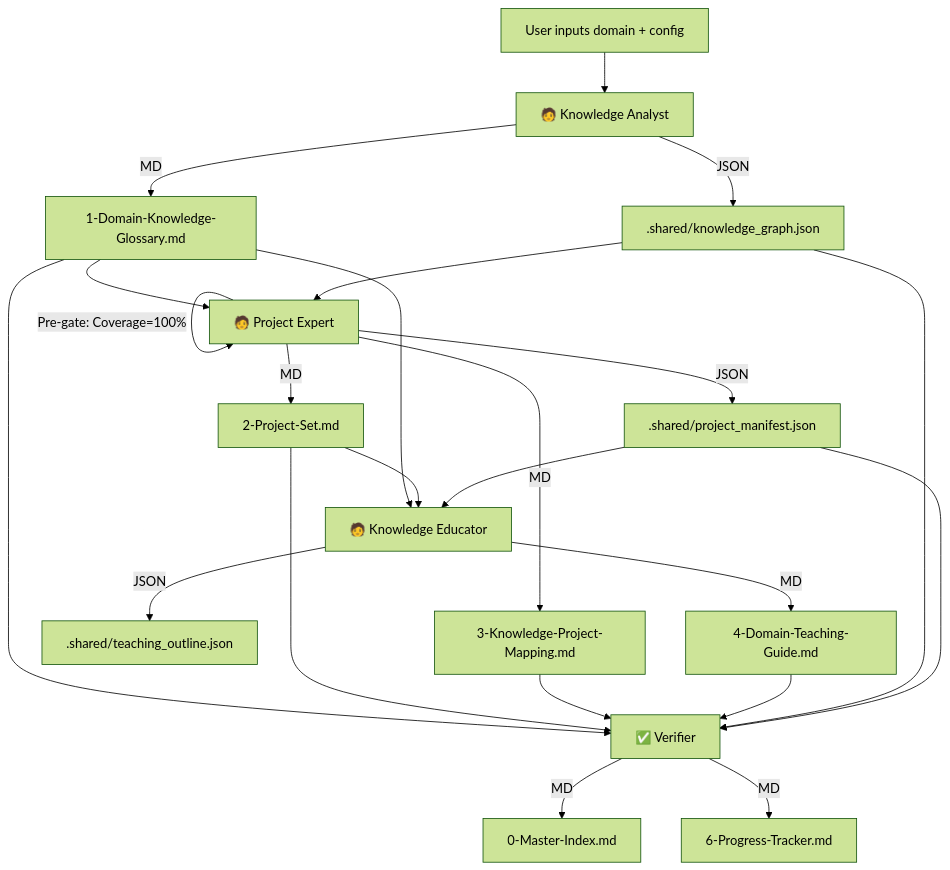
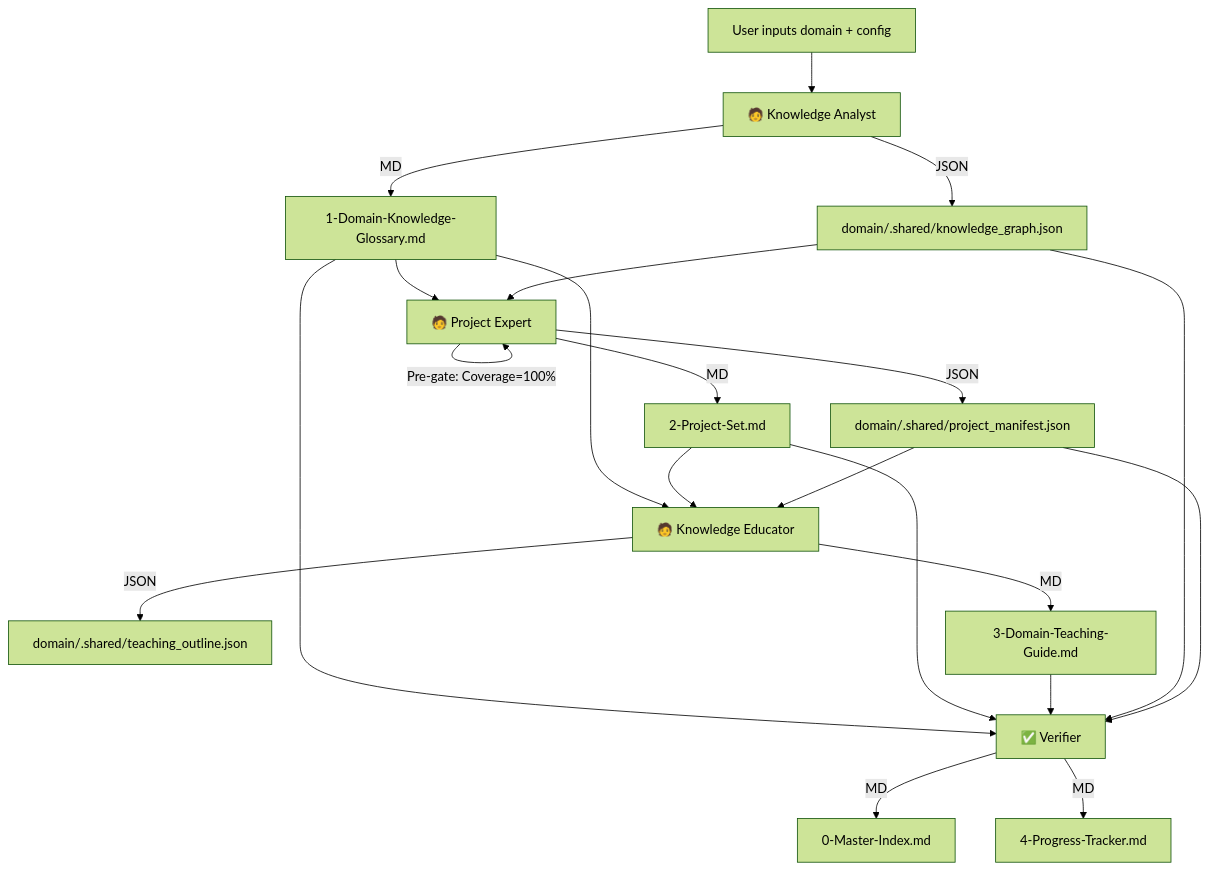
Before and after one commit to LiuYuanSong753/KnowledgeEngineOrchestrator: the diagram in README-en.md, drawn with Mermaid (forest theme). The commit also changed other lines of this file and 8 other files, not shown here.

````diff
--- a/README-en.md
+++ b/README-en.md
@@ -47,28 +47,26 @@
 ```mermaid
 flowchart TD
     A[User inputs domain + config] --> B[🧑 Knowledge Analyst]
-    B -->|JSON| D[.shared/knowledge_graph.json]
+    B -->|JSON| D[domain/.shared/knowledge_graph.json]
     B -->|MD| C[1-Domain-Knowledge-Glossary.md]
     
     C --> E[🧑 Project Expert]
     D --> E
     E -->|Pre-gate: Coverage=100%| E
-    E -->|JSON| H[.shared/project_manifest.json]
+    E -->|JSON| H[domain/.shared/project_manifest.json]
     E -->|MD| F[2-Project-Set.md]
-    E -->|MD| G[3-Knowledge-Project-Mapping.md]
     
     C --> I[🧑 Knowledge Educator]
     F --> I
     H --> I
-    I -->|JSON| J[.shared/teaching_outline.json]
-    I -->|MD| K[4-Domain-Teaching-Guide.md]
+    I -->|JSON| J[domain/.shared/teaching_outline.json]
+    I -->|MD| K[3-Domain-Teaching-Guide.md]
     
     C --> L[✅ Verifier]
     F --> L
-    G --> L
     K --> L
     D --> L
     H --> L
     L -->|MD| M[0-Master-Index.md]
-    L -->|MD| N[6-Progress-Tracker.md]
+    L -->|MD| N[4-Progress-Tracker.md]
 ```
````
